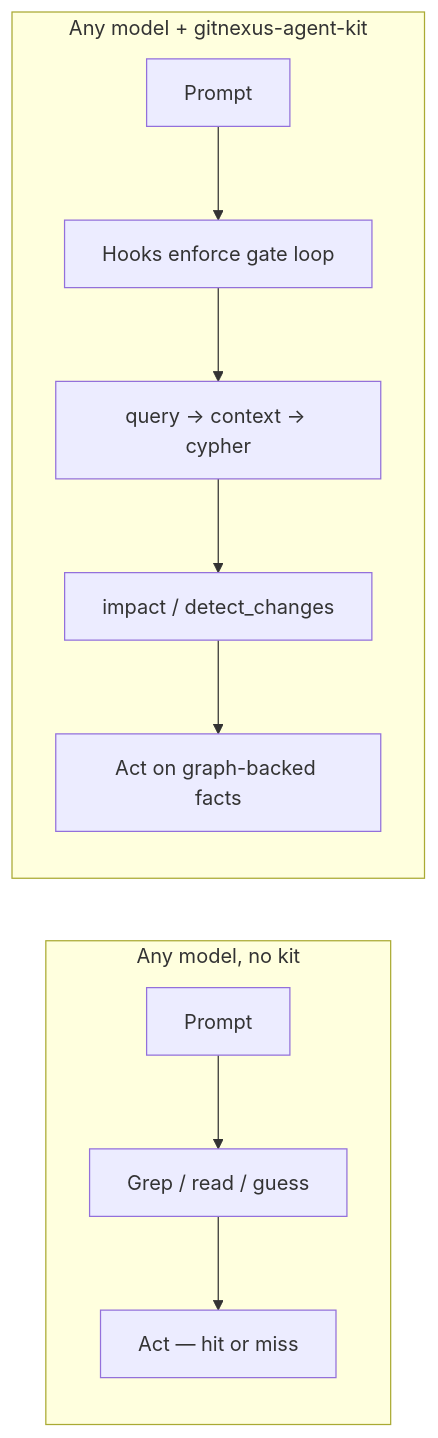
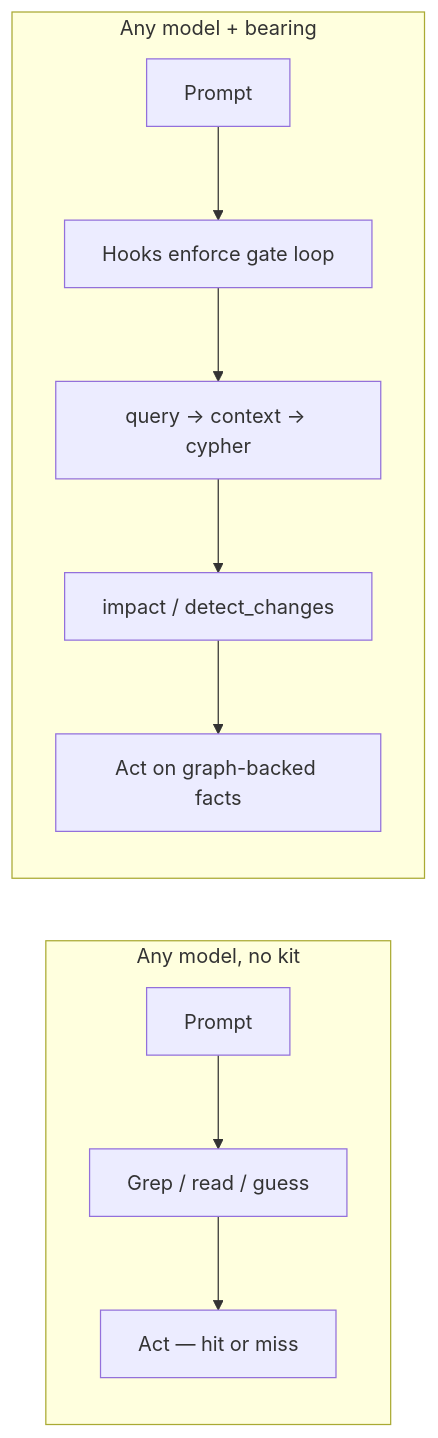
Before and after one commit to ReidenXerx/bearing: the first of 9 diagrams in docs/ARCHITECTURE.md, drawn with Mermaid. The commit also changed other lines of this file and 12 other files, not shown here.

````diff
--- a/docs/ARCHITECTURE.md
+++ b/docs/ARCHITECTURE.md
@@ -15,14 +15,14 @@
 ```mermaid
 flowchart LR
   subgraph alone["Any model, no kit"]
     P[Prompt] --> G[Grep / read / guess]
     G --> A[Act — hit or miss]
   end
 
-  subgraph kit["Any model + gitnexus-agent-kit"]
+  subgraph kit["Any model + bearing"]
     P2[Prompt] --> H[Hooks enforce gate loop]
     H --> GN["query → context → cypher"]
     GN --> I[impact / detect_changes]
     I --> A2[Act on graph-backed facts]
   end
 ```
````
